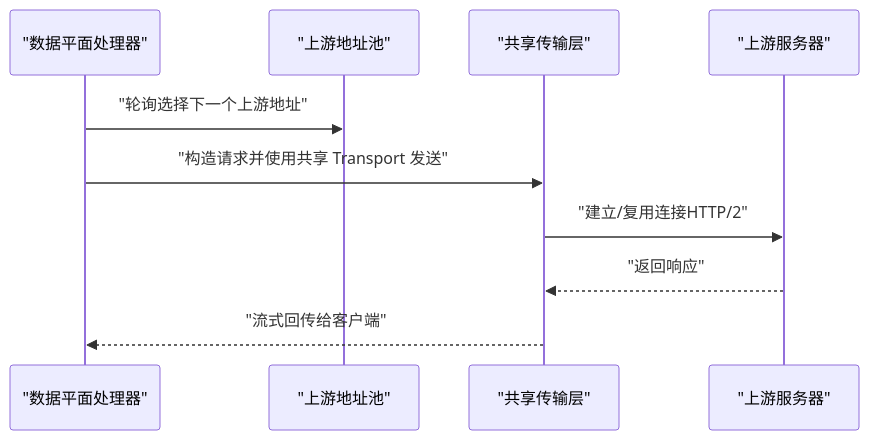
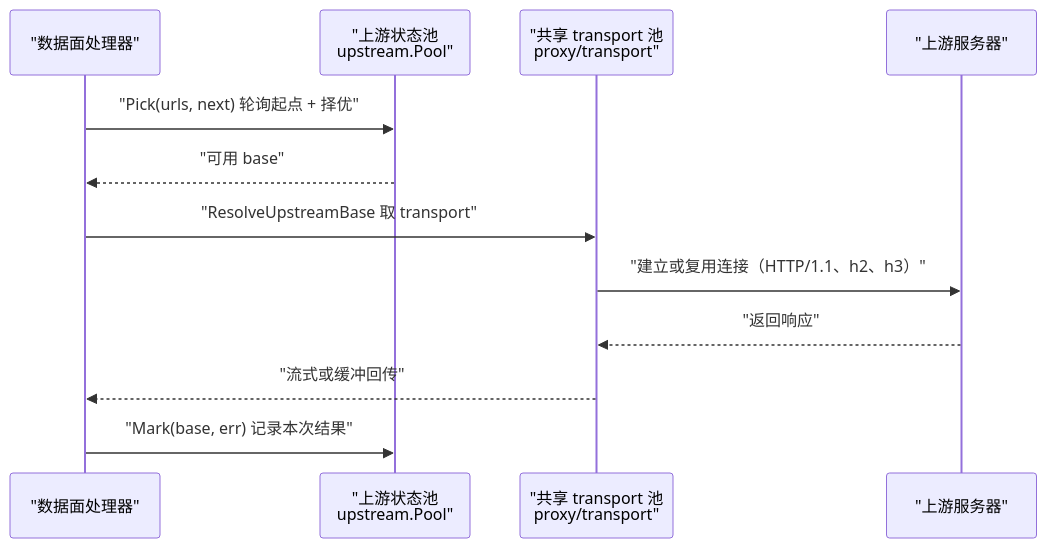
One commit to x01n/My-OpenWaf changed the sixth of 12 diagrams in docs/数据平面处理/数据平面处理.md. Above: the diagram before and after it, drawn with Mermaid. The commit also changed other lines of this file and 622 other files, not shown here.

````diff
--- a/docs/数据平面处理/数据平面处理.md
+++ b/docs/数据平面处理/数据平面处理.md
@@ -208,12 +340,14 @@
 ```mermaid
 sequenceDiagram
-participant DP as "数据平面处理器"
-participant Pool as "上游地址池"
-participant TR as "共享传输层"
+participant DP as "数据面处理器"
+participant Pool as "上游状态池<br/>upstream.Pool"
+participant TR as "共享 transport 池<br/>proxy/transport"
 participant US as "上游服务器"
-DP->>Pool : "轮询选择下一个上游地址"
-DP->>TR : "构造请求并使用共享 Transport 发送"
-TR->>US : "建立/复用连接HTTP/2"
+DP->>Pool : "Pick(urls, next) 轮询起点 + 择优"
+Pool-->>DP : "可用 base"
+DP->>TR : "ResolveUpstreamBase 取 transport"
+TR->>US : "建立或复用连接（HTTP/1.1、h2、h3）"
 US-->>TR : "返回响应"
-TR-->>DP : "流式回传给客户端"
+TR-->>DP : "流式或缓冲回传"
+DP->>Pool : "Mark(base, err) 记录本次结果"
 ```
````
